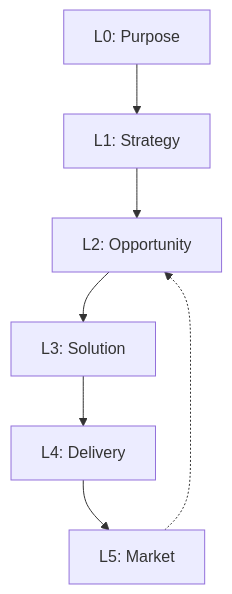
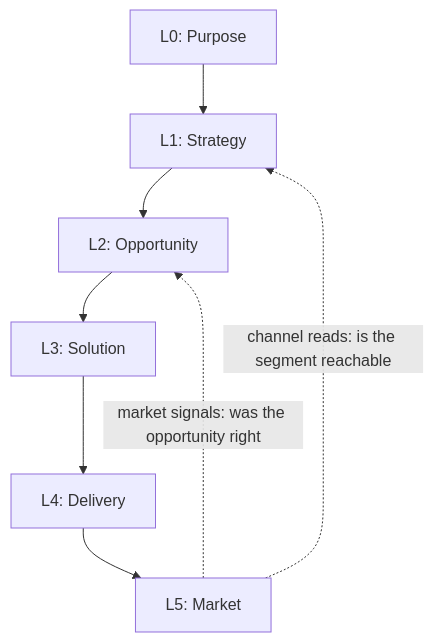
The second of 2 diagrams in README.md (haabe/mycelium), drawn with Mermaid before and after one commit. The commit also changed 9 other files, not shown here.

First line of the commit message:
0.191.0: the channel ledger gets a reader before L5 (three surface-registry rows; /handoff step 1b reads the channel map; /diamond-assess step 6c reads the market canvas at L1 and L2; go-to-market schema declares every section; README chart carries both L5 arrows)

````diff
--- a/README.md
+++ b/README.md
@@ -122,11 +122,12 @@
 ```mermaid
 graph TD
     L0["L0: Purpose"]
     L1["L1: Strategy"]
     L2["L2: Opportunity"]
     L3["L3: Solution"]
     L4["L4: Delivery"]
     L5["L5: Market"]
     L0 --> L1 --> L2 --> L3 --> L4 --> L5
-    L5 -.-> L2
+    L5 -.->|channel reads: is the segment reachable| L1
+    L5 -.->|market signals: was the opportunity right| L2
 ```
````
